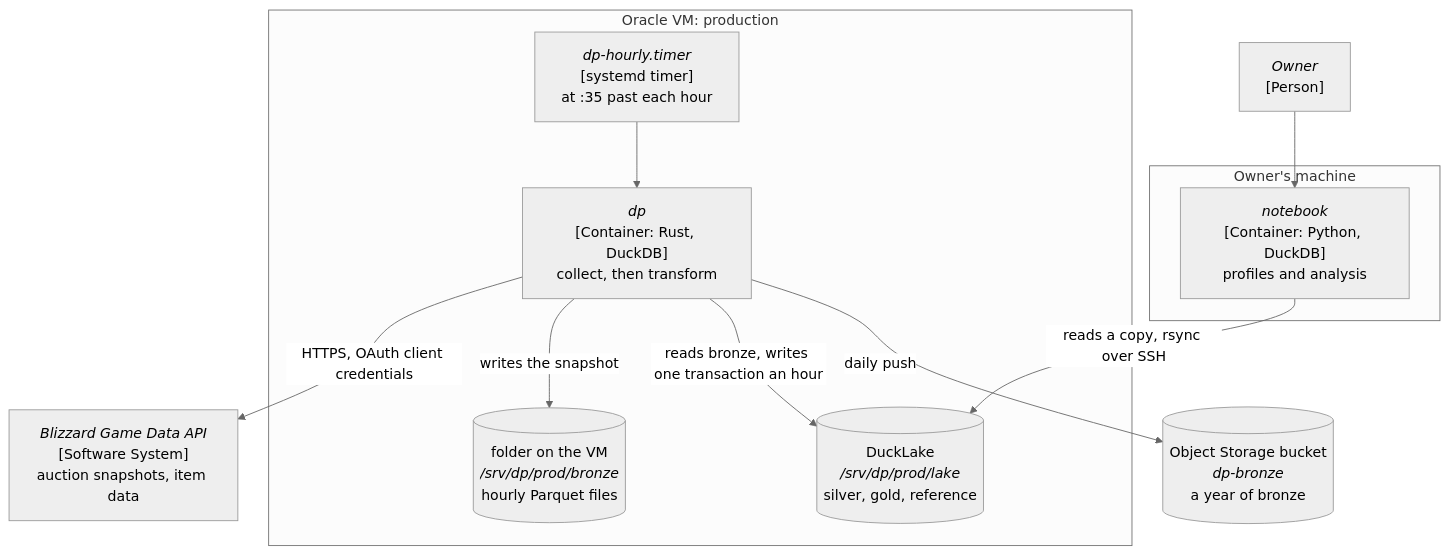
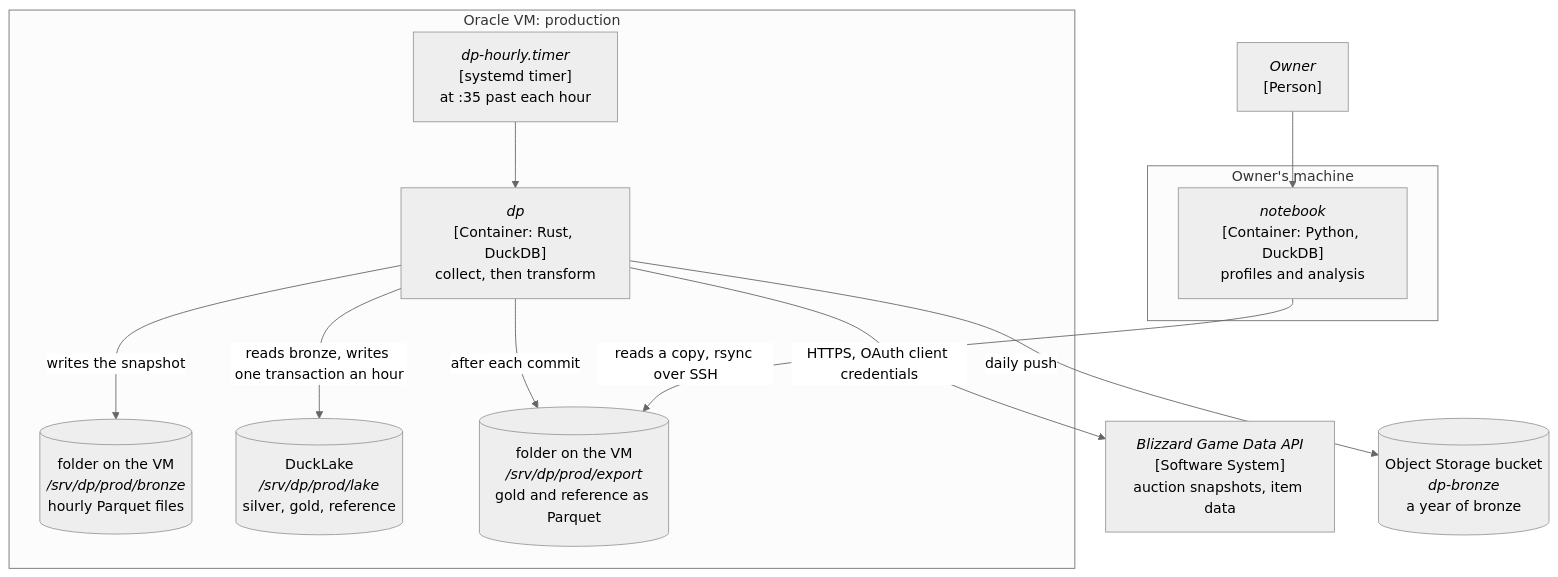
One commit to delphside/dark-portal changed the first of 2 diagrams in docs/5.1.1-architecture.md. Above: the diagram before and after it, drawn with Mermaid (neutral theme). The commit also changed other lines of this file and 3 other files, not shown here.

First line of the commit message:
Record the owner's choice of a plain Parquet export for clients

````diff
--- a/docs/5.1.1-architecture.md
+++ b/docs/5.1.1-architecture.md
@@ -25,22 +25,24 @@
 ```mermaid
 flowchart TB
     OWNER["<i>Owner</i><br>[Person]"]
     BLIZ["<i>Blizzard Game Data API</i><br>[Software System]<br>auction snapshots, item data"]
     subgraph VM["Oracle VM: production"]
         TIMER["<i>dp-hourly.timer</i><br>[systemd timer]<br>at :35 past each hour"]
         DP["<i>dp</i><br>[Container: Rust, DuckDB]<br>collect, then transform"]
         BRONZE[("folder on the VM<br><i>/srv/dp/prod/bronze</i><br>hourly Parquet files")]
         LAKE[("DuckLake<br><i>/srv/dp/prod/lake</i><br>silver, gold, reference")]
+        EXPORT[("folder on the VM<br><i>/srv/dp/prod/export</i><br>gold and reference as Parquet")]
     end
     BUCKET[("Object Storage bucket<br><i>dp-bronze</i><br>a year of bronze")]
     subgraph PC["Owner's machine"]
         NB["<i>notebook</i><br>[Container: Python, DuckDB]<br>profiles and analysis"]
     end
     TIMER --> DP
     DP -- "HTTPS, OAuth client credentials" --> BLIZ
     DP -- "writes the snapshot" --> BRONZE
     DP -- "reads bronze, writes one transaction an hour" --> LAKE
     DP -- "daily push" --> BUCKET
+    DP -- "after each commit" --> EXPORT
     OWNER --> NB
-    NB -- "reads a copy, rsync over SSH" --> LAKE
+    NB -- "reads a copy, rsync over SSH" --> EXPORT
 ```
````
